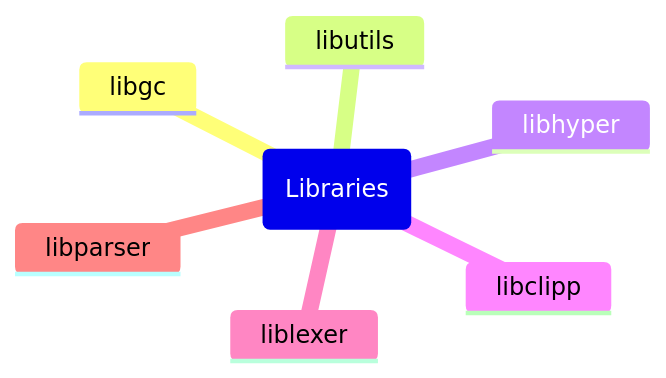
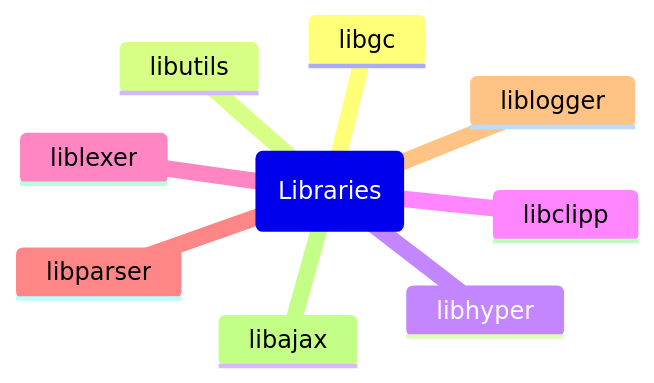
One commit to frefolli/frefolli changed the fifth of 5 diagrams in README.md. Above: the diagram before and after it, drawn with Mermaid. The commit also changed other lines of this file, not shown here.

````diff
--- a/README.md
+++ b/README.md
@@ -70,10 +70,12 @@
 ```mermaid
 mindmap
   root(Libraries)
     libgc
     libutils
     libhyper
     libclipp
     liblexer
     libparser
+    liblogger
+    libajax
 ```
````
